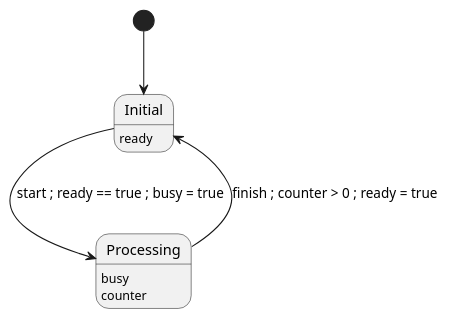
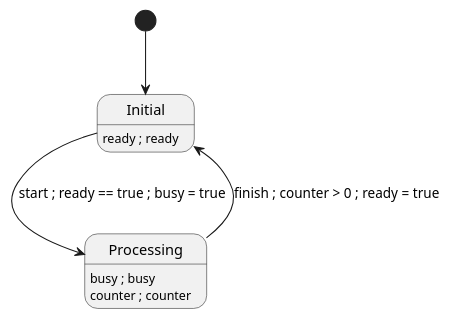
The diagram in examples/valid/test_multiline.puml (Kuniwak/puml-parallel), drawn with PlantUML before and after one commit. The commit also changed 73 other files, not shown here.

```diff
--- a/examples/valid/test_multiline.puml
+++ b/examples/valid/test_multiline.puml
@@ -1,19 +1,19 @@
 @startuml
 
 
 state "Initial" as s0
 
-s0: ready
+s0 : ready ; ready
 
 
 state "Processing" as s1
-s1: busy
-s1: counter
+s1 : busy ; busy
+s1 : counter ; counter
 
 [*] --> s0
 
 s0 --> s1 : start ; ready == true ; busy = true
 
 s1 --> s0 : finish ; counter > 0 ; ready = true
 
 @enduml
```
